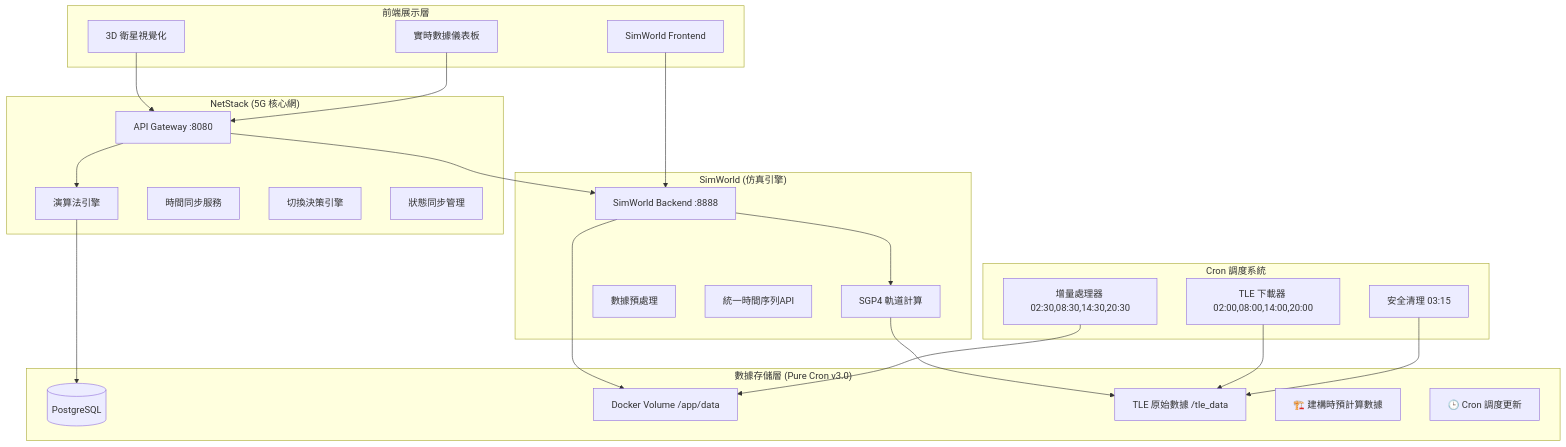
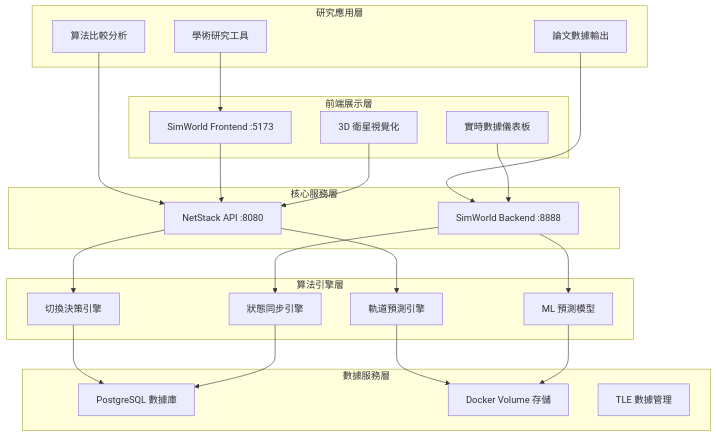
Before and after one commit to cedarwud/ntn-stack: the diagram in docs/system_architecture.md, drawn with Mermaid. The commit also changed other lines of this file and 50 other files, not shown here.

````diff
--- a/docs/system_architecture.md
+++ b/docs/system_architecture.md
@@ -14,50 +19,47 @@
 ```mermaid
 graph TB
+    subgraph "研究應用層"
+        A1[學術研究工具]
+        A2[算法比較分析]  
+        A3[論文數據輸出]
+    end
+    
     subgraph "前端展示層"
-        F1[SimWorld Frontend]
+        F1[SimWorld Frontend :5173]
         F2[3D 衛星視覺化]
         F3[實時數據儀表板]
     end
     
-    subgraph "NetStack (5G 核心網)"
-        N1[API Gateway :8080]
-        N2[演算法引擎]
-        N3[時間同步服務]
-        N4[切換決策引擎]
-        N5[狀態同步管理]
+    subgraph "核心服務層"
+        N1[NetStack API :8080]
+        N2[SimWorld Backend :8888]
     end
     
-    subgraph "SimWorld (仿真引擎)"
-        S1[SimWorld Backend :8888]
-        S2[SGP4 軌道計算]
-        S3[數據預處理]
-        S4[統一時間序列API]
+    subgraph "算法引擎層" 
+        E1[切換決策引擎]
+        E2[軌道預測引擎]
+        E3[ML 預測模型]
+        E4[狀態同步引擎]
     end
     
-    subgraph "數據存儲層 (Pure Cron v3.0)"
-        D1[(PostgreSQL)]
-        D2[Docker Volume /app/data]
-        D3[TLE 原始數據 /tle_data]
-        D4[🏗️ 建構時預計算數據]
-        D5[🕒 Cron 調度更新]
+    subgraph "數據服務層"
+        D1[PostgreSQL 數據庫]
+        D2[Docker Volume 存儲]
+        D3[TLE 數據管理]
     end
     
-    subgraph "Cron 調度系統"
-        C1[TLE 下載器 02:00,08:00,14:00,20:00]
-        C2[增量處理器 02:30,08:30,14:30,20:30]
-        C3[安全清理 03:15]
-    end
-    
-    F1 --> S1
+    A1 --> F1
+    A2 --> N1  
+    A3 --> N2
+    F1 --> N1
     F2 --> N1
-    F3 --> N1
-    N1 --> N2
-    N1 --> S1
-    S1 --> S2
-    S1 --> D2
-    N2 --> D1
-    S2 --> D3
-    C1 --> D3
-    C2 --> D2
-    C3 --> D3
+    F3 --> N2
+    N1 --> E1
+    N1 --> E2
+    N2 --> E3
+    N2 --> E4
+    E1 --> D1
+    E2 --> D2
+    E3 --> D2
+    E4 --> D1
 ```
````
